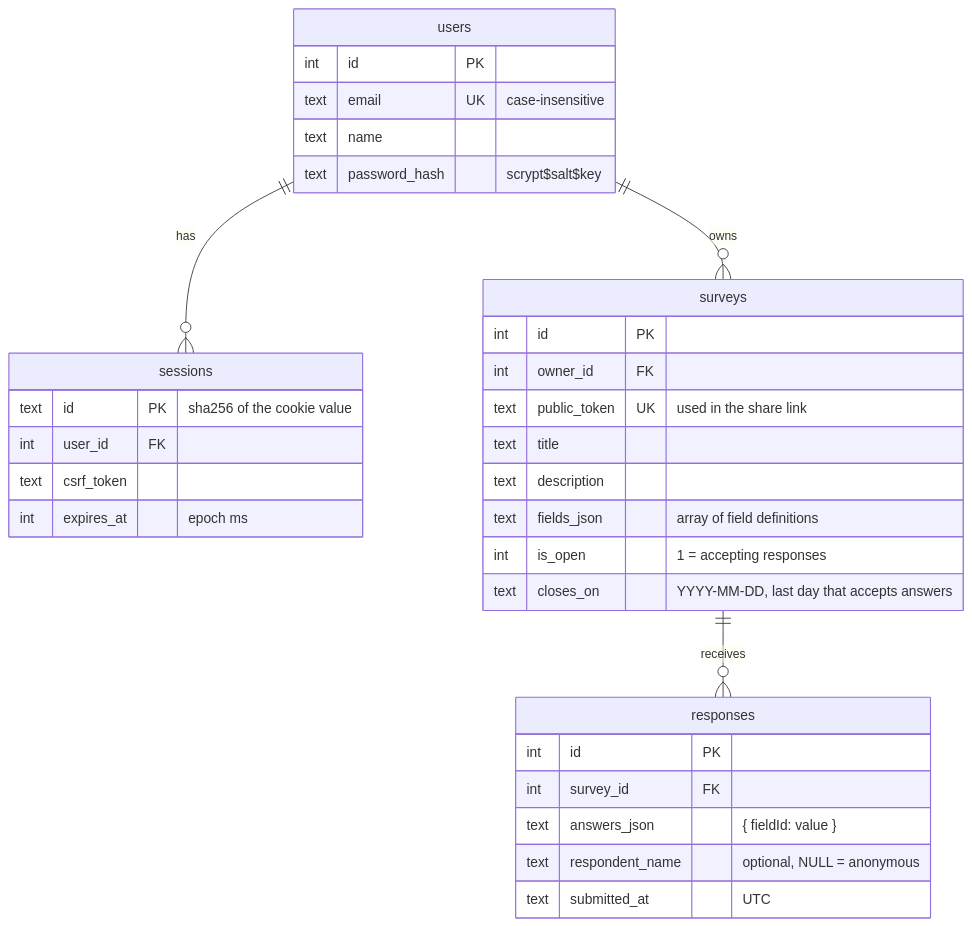
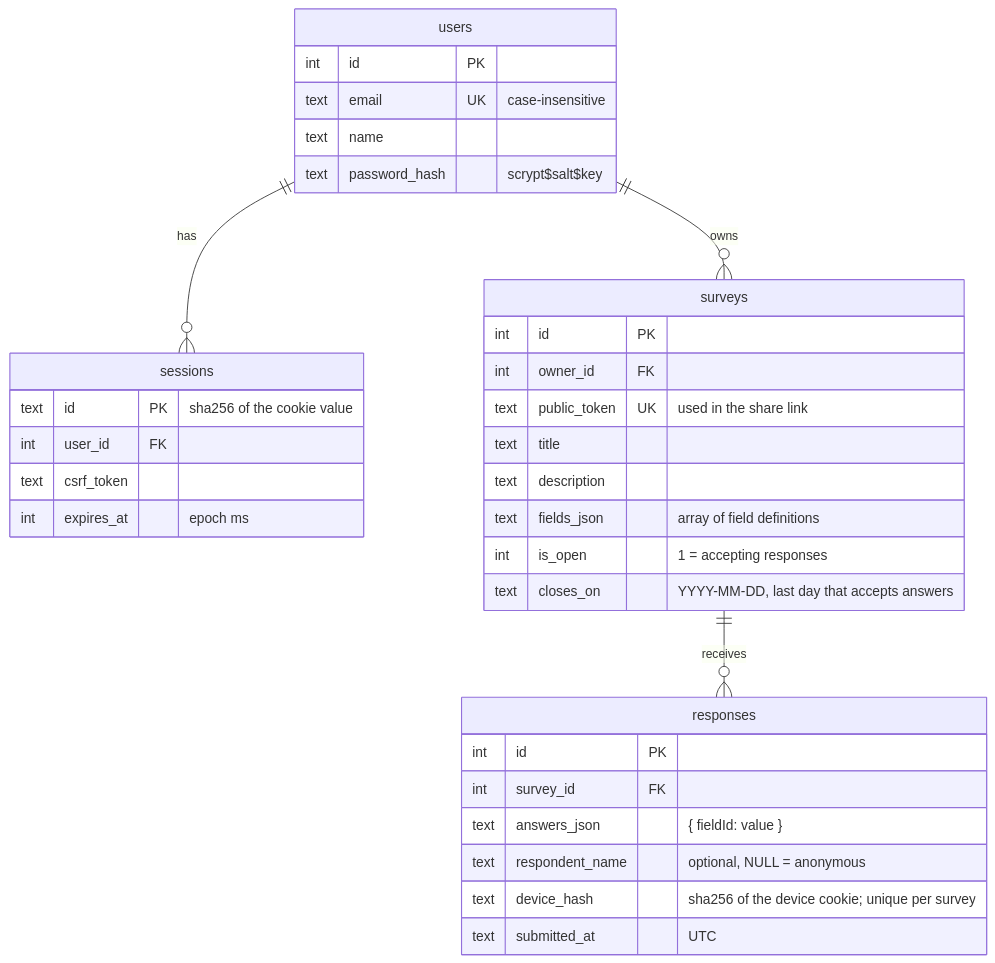
One commit to yendri404/survery changed the second of 2 diagrams in CODE_GUIDE.md. Above: the diagram before and after it, drawn with Mermaid. The commit also changed other lines of this file and 8 other files, not shown here.

First line of the commit message:
feat: allow one response per device and survey

````diff
--- a/CODE_GUIDE.md
+++ b/CODE_GUIDE.md
@@ -134,36 +134,37 @@
 ```mermaid
 erDiagram
     users ||--o{ sessions : has
     users ||--o{ surveys : owns
     surveys ||--o{ responses : receives
 
     users {
         int id PK
         text email UK "case-insensitive"
         text name
         text password_hash "scrypt$salt$key"
     }
     sessions {
         text id PK "sha256 of the cookie value"
         int user_id FK
         text csrf_token
         int expires_at "epoch ms"
     }
     surveys {
         int id PK
         int owner_id FK
         text public_token UK "used in the share link"
         text title
         text description
         text fields_json "array of field definitions"
         int is_open "1 = accepting responses"
         text closes_on "YYYY-MM-DD, last day that accepts answers"
     }
     responses {
         int id PK
         int survey_id FK
         text answers_json "{ fieldId: value }"
         text respondent_name "optional, NULL = anonymous"
+        text device_hash "sha256 of the device cookie; unique per survey"
         text submitted_at "UTC"
     }
 ```
````
